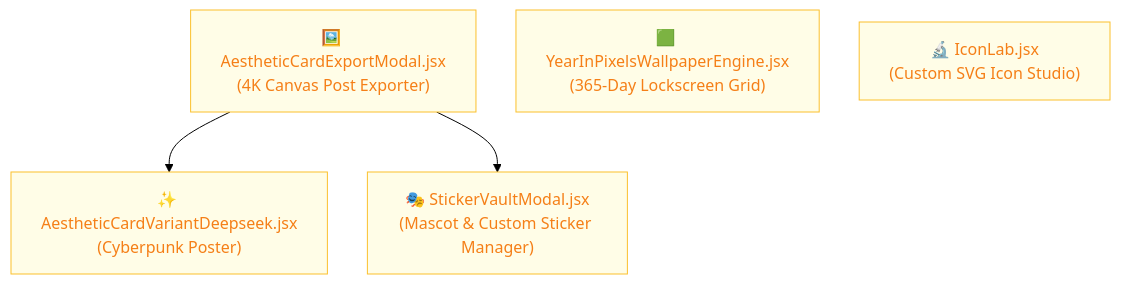
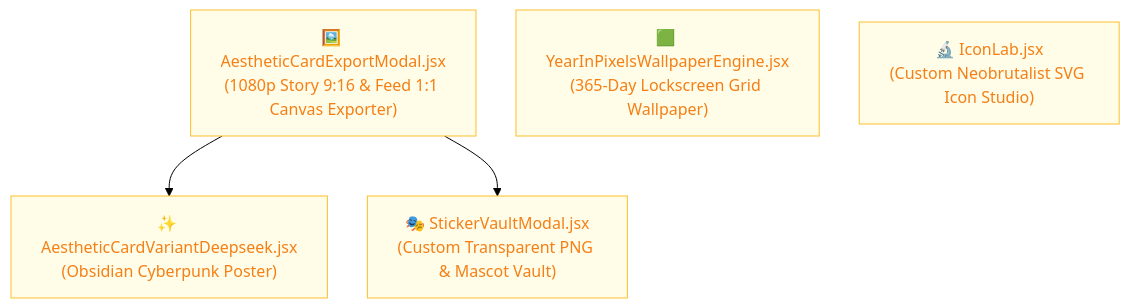
The eighth of 10 diagrams in README.md (TRINNO112/shit-or-hit), drawn with Mermaid (forest theme) before and after one commit. The commit also changed other lines of this file, not shown here.

Commit message:
D385: Expand frontend architecture showcase in README with Stasis Sanctuary, Behavioral Trilogy, AES Vault, and DPDPA 2023

````diff
--- a/README.md
+++ b/README.md
@@ -206,17 +218,17 @@
 ```mermaid
 %%{init: {'flowchart': {'nodeSpacing': 40, 'rankSpacing': 60, 'curve': 'basis'}}}%%
 flowchart TD
-    AestheticModal["🖼️ AestheticCardExportModal.jsx<br/>(4K Canvas Post Exporter)"]
-    DeepseekCard["✨ AestheticCardVariantDeepseek.jsx<br/>(Cyberpunk Poster)"]
-    YearInPixels["🟩 YearInPixelsWallpaperEngine.jsx<br/>(365-Day Lockscreen Grid)"]
-    StickerVault["🎭 StickerVaultModal.jsx<br/>(Mascot & Custom Sticker Manager)"]
-    IconLabModal["🔬 IconLab.jsx<br/>(Custom SVG Icon Studio)"]
+    AestheticModal["🖼️ AestheticCardExportModal.jsx<br/>(1080p Story 9:16 & Feed 1:1 Canvas Exporter)"]
+    DeepseekCard["✨ AestheticCardVariantDeepseek.jsx<br/>(Obsidian Cyberpunk Poster)"]
+    YearInPixels["🟩 YearInPixelsWallpaperEngine.jsx<br/>(365-Day Lockscreen Grid Wallpaper)"]
+    StickerVault["🎭 StickerVaultModal.jsx<br/>(Custom Transparent PNG & Mascot Vault)"]
+    IconLabModal["🔬 IconLab.jsx<br/>(Custom Neobrutalist SVG Icon Studio)"]
 
     AestheticModal --> DeepseekCard
     AestheticModal --> StickerVault
     YearInPixels
     IconLabModal
 
     classDef l7 fill:#FFFDE7,stroke:#FBC02D,color:#F57F17
     class AestheticModal,DeepseekCard,YearInPixels,StickerVault,IconLabModal l7
 ```
````
